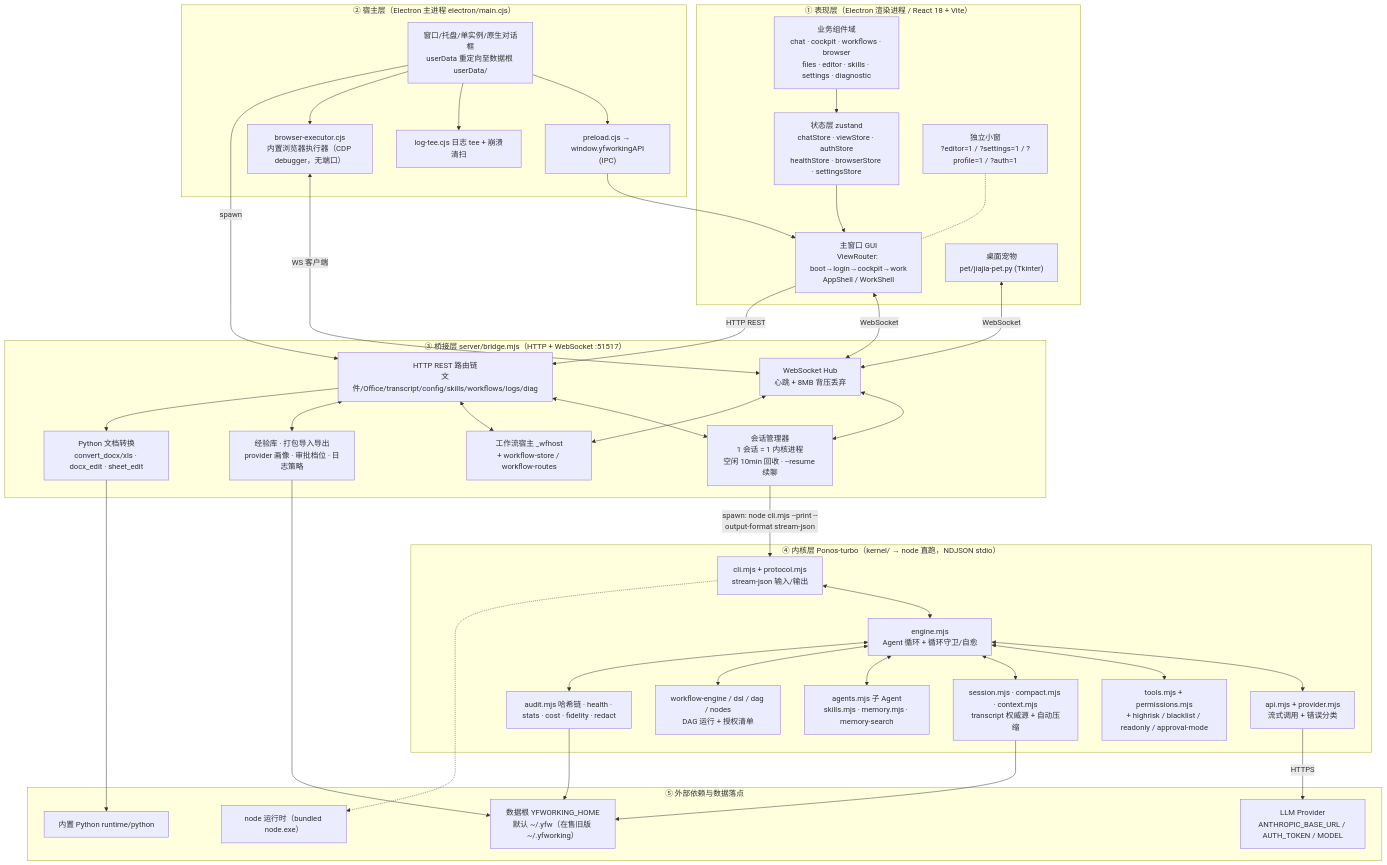
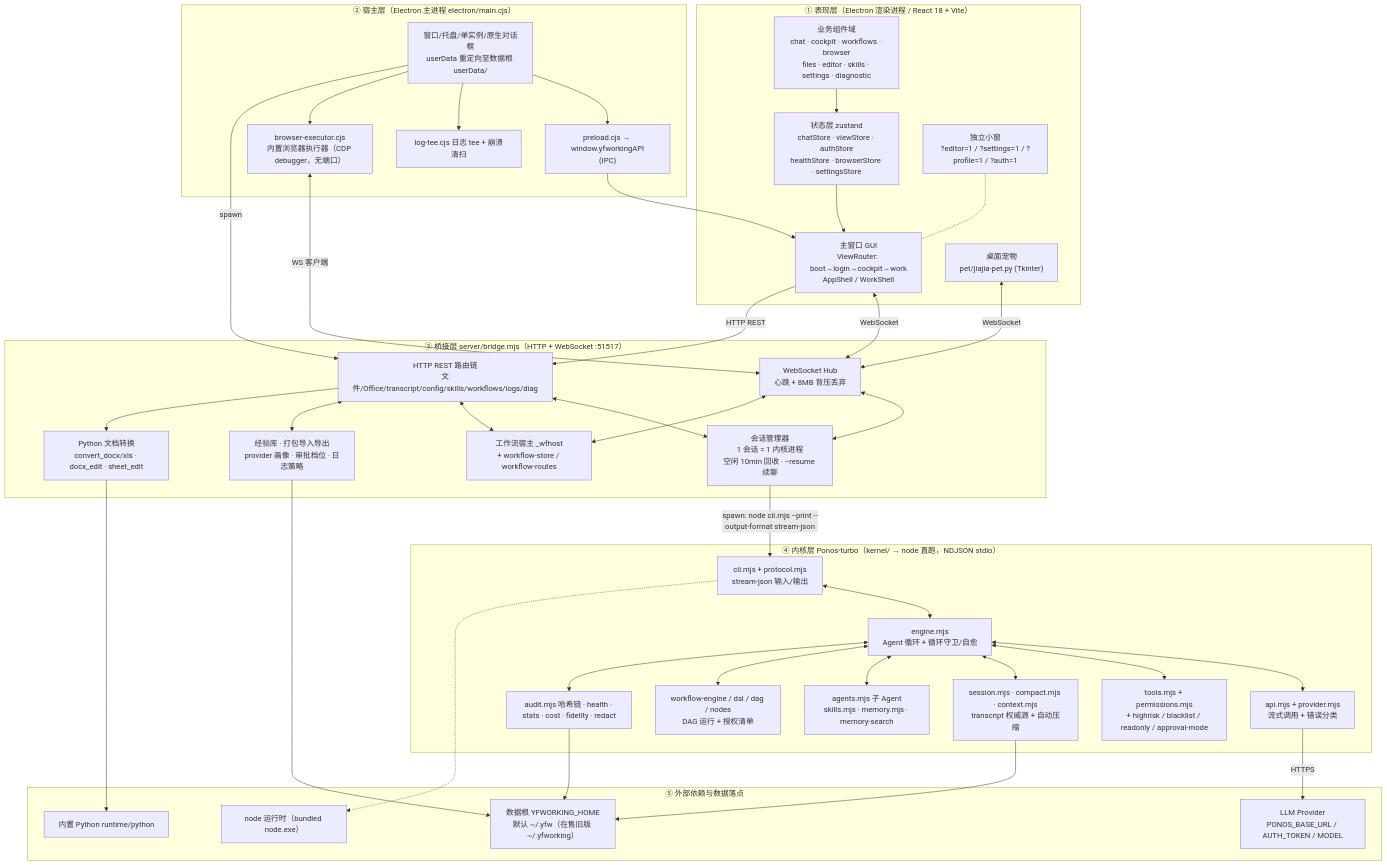
The first of 8 diagrams in docs/architecture.md (liangzhi879-a11y/Ponos), drawn with Mermaid before and after one commit. The commit also changed 14 other files, not shown here.

````diff
--- a/docs/architecture.md
+++ b/docs/architecture.md
@@ -11,74 +11,74 @@
 ```mermaid
 flowchart TB
     subgraph L1["① 表现层（Electron 渲染进程 / React 18 + Vite）"]
         GUI["主窗口 GUI<br/>ViewRouter: boot→login→cockpit→work<br/>AppShell / WorkShell"]
         COMP["业务组件域<br/>chat · cockpit · workflows · browser<br/>files · editor · skills · settings · diagnostic"]
         STORE["状态层 zustand<br/>chatStore · viewStore · authStore<br/>healthStore · browserStore · settingsStore"]
         WIN["独立小窗<br/>?editor=1 / ?settings=1 / ?profile=1 / ?auth=1"]
         PET["桌面宠物<br/>pet/jiajia-pet.py (Tkinter)"]
     end
 
     subgraph L2["② 宿主层（Electron 主进程 electron/main.cjs）"]
         MAIN["窗口/托盘/单实例/原生对话框<br/>userData 重定向至数据根 userData/"]
         IPC["preload.cjs → window.yfworkingAPI<br/>(IPC)"]
         TEE["log-tee.cjs 日志 tee + 崩溃清扫"]
         BEXEC["browser-executor.cjs<br/>内置浏览器执行器（CDP debugger，无端口）"]
     end
 
     subgraph L3["③ 桥接层 server/bridge.mjs（HTTP + WebSocket :51517）"]
         WSHUB["WebSocket Hub<br/>心跳 + 8MB 背压丢弃"]
         HTTP["HTTP REST 路由链<br/>文件/Office/transcript/config/skills/workflows/logs/diag"]
         SESS["会话管理器<br/>1 会话 = 1 内核进程<br/>空闲 10min 回收 · --resume 续聊"]
         WFHOST["工作流宿主 _wfhost<br/>+ workflow-store / workflow-routes"]
         AUX["经验库 · 打包导入导出<br/>provider 画像 · 审批档位 · 日志策略"]
         PY["Python 文档转换<br/>convert_docx/xls · docx_edit · sheet_edit"]
     end
 
     subgraph L4["④ 内核层 Ponos-turbo（kernel/ → node 直跑，NDJSON stdio）"]
         CLI["cli.mjs + protocol.mjs<br/>stream-json 输入/输出"]
         ENGINE["engine.mjs<br/>Agent 循环 + 循环守卫/自愈"]
         API["api.mjs + provider.mjs<br/>流式调用 + 错误分类"]
         TOOLS["tools.mjs + permissions.mjs<br/>+ highrisk / blacklist / readonly / approval-mode"]
         CTX["session.mjs · compact.mjs · context.mjs<br/>transcript 权威源 + 自动压缩"]
         AGENTS["agents.mjs 子 Agent<br/>skills.mjs · memory.mjs · memory-search"]
         WFENG["workflow-engine / dsl / dag / nodes<br/>DAG 运行 + 授权清单"]
         OBS["audit.mjs 哈希链 · health · stats · cost · fidelity · redact"]
     end
 
     subgraph L5["⑤ 外部依赖与数据落点"]
-        PROV["LLM Provider<br/>ANTHROPIC_BASE_URL / AUTH_TOKEN / MODEL"]
+        PROV["LLM Provider<br/>PONOS_BASE_URL / AUTH_TOKEN / MODEL"]
         NODE["node 运行时（bundled node.exe）"]
         PYRT["内置 Python runtime/python"]
         HOME["数据根 YFWORKING_HOME<br/>默认 ~/.yfw（在售旧版 ~/.yfworking）"]
     end
 
     COMP --> STORE --> GUI
     GUI <-->|WebSocket| WSHUB
     GUI -->|HTTP REST| HTTP
     WIN -.- GUI
     PET <-->|WebSocket| WSHUB
     MAIN --> IPC --> GUI
     MAIN --> TEE
     MAIN --> BEXEC
     MAIN -->|spawn| HTTP
     BEXEC <-->|WS 客户端| WSHUB
     WSHUB <--> SESS
     HTTP <--> SESS
     WSHUB <--> WFHOST
     HTTP <--> WFHOST
     HTTP <--> AUX
     HTTP --> PY --> PYRT
     SESS -->|spawn: node cli.mjs --print --output-format stream-json| CLI
     CLI <--> ENGINE
     ENGINE <--> API
     ENGINE <--> TOOLS
     ENGINE <--> CTX
     ENGINE <--> AGENTS
     ENGINE <--> WFENG
     ENGINE <--> OBS
     API -->|HTTPS| PROV
     CLI -.-> NODE
     CTX --> HOME
     OBS --> HOME
     AUX --> HOME
 ```
````
